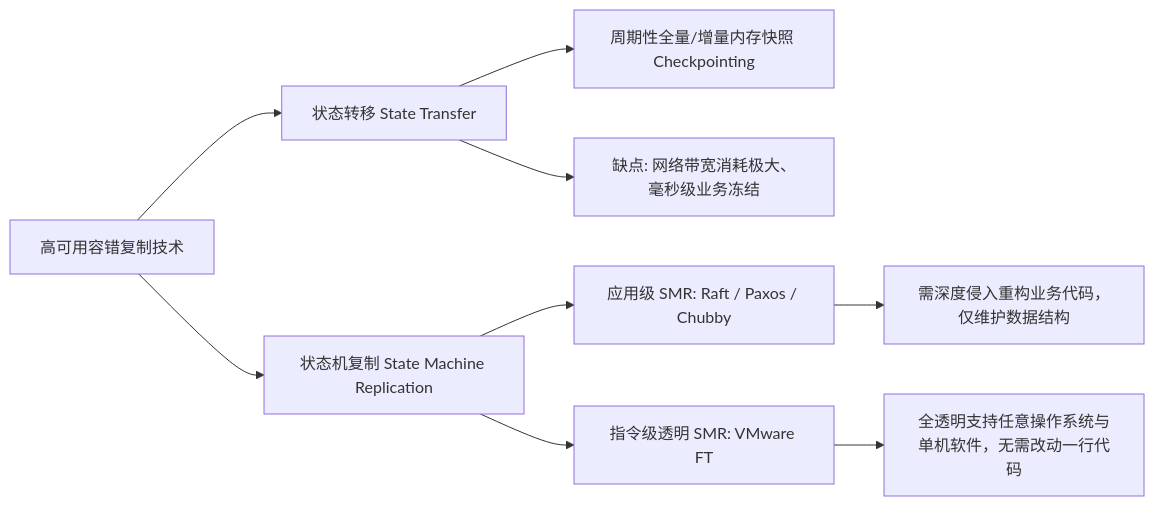
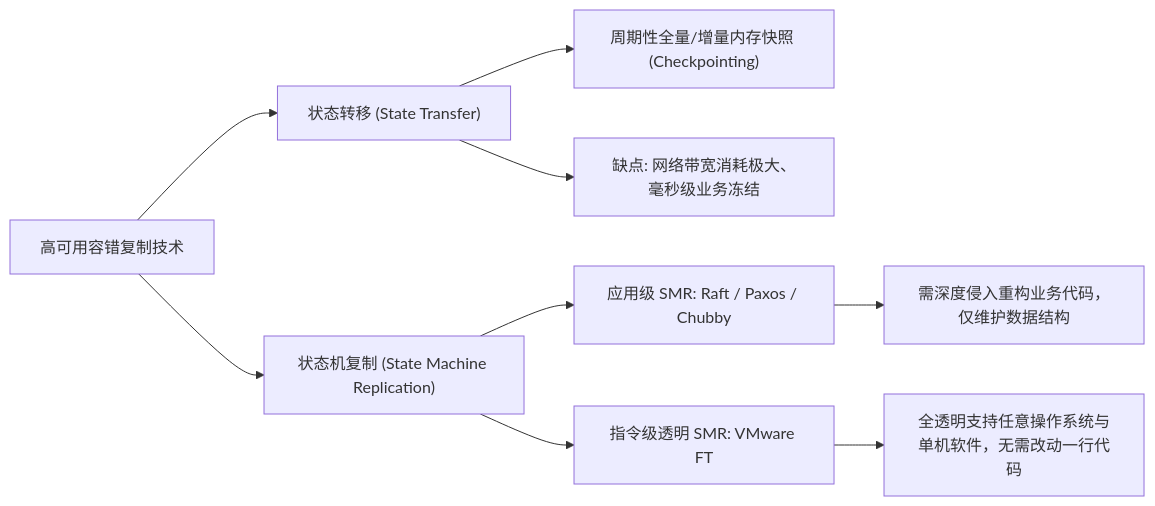
One commit to donkey-roll/distributed-system changed the first of 6 diagrams in docs/03_vm_ft_replication.md. Above: the diagram before and after it, drawn with Mermaid. The commit also changed other lines of this file and 10 other files, not shown here.

Commit message:
Fix Mermaid diagram syntax and markdown rendering across LEC 03 and all docs

````diff
--- a/docs/03_vm_ft_replication.md
+++ b/docs/03_vm_ft_replication.md
@@ -14,14 +14,14 @@
 ```mermaid
-graph LR
-    A[高可用容错复制技术] --> B[状态转移 State Transfer]
-    A --> C[状态机复制 State Machine Replication]
+flowchart LR
+    A["高可用容错复制技术"] --> B["状态转移 (State Transfer)"]
+    A --> C["状态机复制 (State Machine Replication)"]
     
-    B --> B1[周期性全量/增量内存快照 Checkpointing]
-    B --> B2[缺点: 网络带宽消耗极大、毫秒级业务冻结]
+    B --> B1["周期性全量/增量内存快照 (Checkpointing)"]
+    B --> B2["缺点: 网络带宽消耗极大、毫秒级业务冻结"]
     
-    C --> C1[应用级 SMR: Raft / Paxos / Chubby]
-    C --> C2[指令级透明 SMR: VMware FT]
+    C --> C1["应用级 SMR: Raft / Paxos / Chubby"]
+    C --> C2["指令级透明 SMR: VMware FT"]
     
-    C1 --> C11[需深度侵入重构业务代码，仅维护数据结构]
-    C2 --> C21[全透明支持任意操作系统与单机软件，无需改动一行代码]
+    C1 --> C11["需深度侵入重构业务代码，仅维护数据结构"]
+    C2 --> C21["全透明支持任意操作系统与单机软件，无需改动一行代码"]
 ```
````
